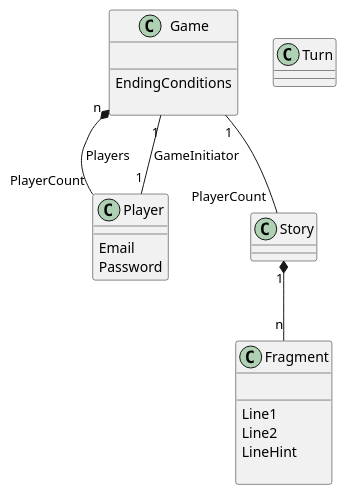
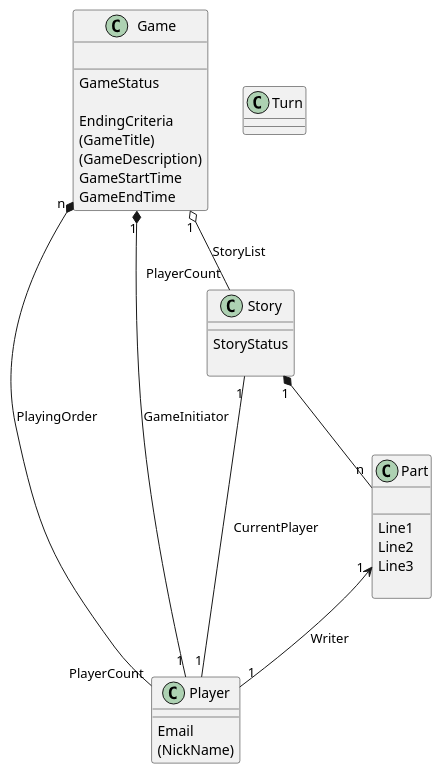
The diagram in doc/tarinapeli_concepts.puml (teemukin65/tarinapeli_s), drawn with PlantUML before and after one commit. The commit also changed 2 other files, not shown here.

Commit message:
Concepts and concept diagram 1st version completed.

```diff
--- a/doc/tarinapeli_concepts.puml
+++ b/doc/tarinapeli_concepts.puml
@@ -1,44 +1,56 @@
 @startuml
 
 
 class Game {
 
 __
- EndingConditions
+GameStatus
 
+EndingCriteria
+(GameTitle)
+(GameDescription)
+GameStartTime
+GameEndTime
  }
 
-Game "n"*--"PlayerCount" Player: Players
+Game "n" *-- "PlayerCount" Player: PlayingOrder
 
-Game "1"--"1" Player: GameInitiator
+Game "1" *-- "1" Player: GameInitiator
 
-Game "1"--"PlayerCount" Story
+Game "1" o-- "PlayerCount" Story: StoryList
 
 class Player {
 __
 Email
-Password
+(NickName)
 }
+
+
 class Story {
-
+___
+StoryStatus
 
 }
 
+Story "1"--"1" Player: CurrentPlayer
 
-Story "1" *-- "n" Fragment
-class Fragment {
+
+Story "1" *-- "n" Part
+class Part {
 
 __
 Line1
 Line2
-LineHint
+Line3
 
 }
+
+Part "1" <-- "1" Player : Writer
 
 class Turn {
 
 }
 
 
 
 @enduml
```
